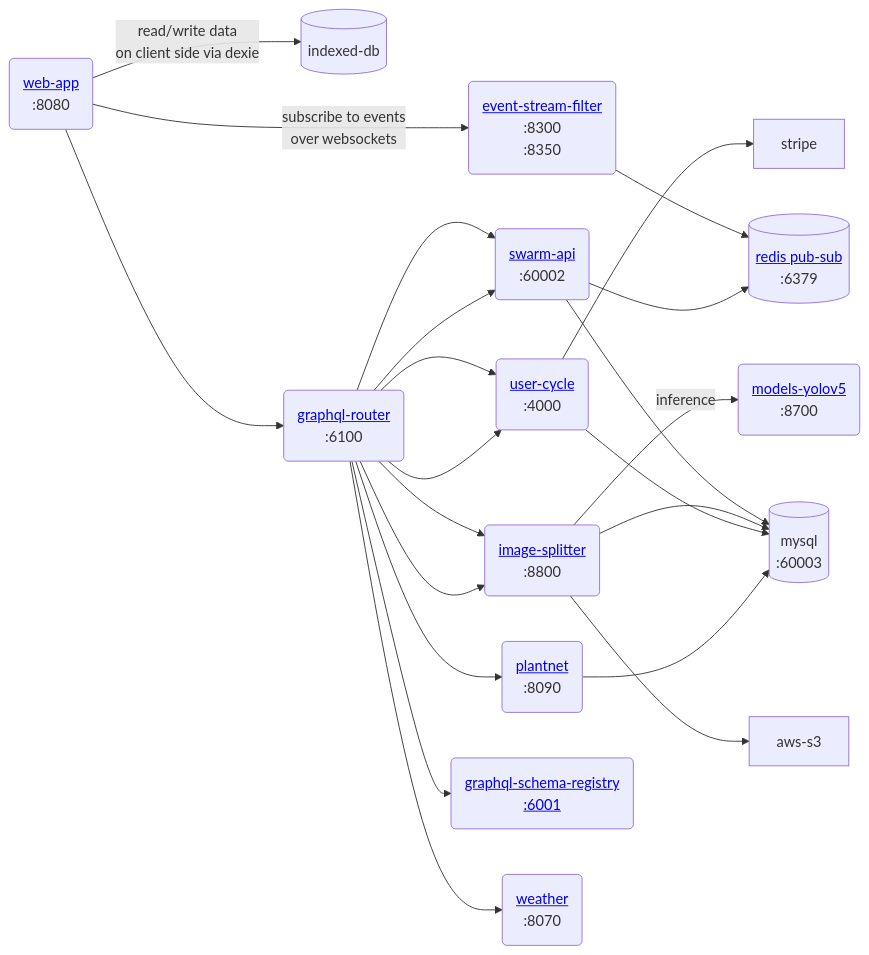
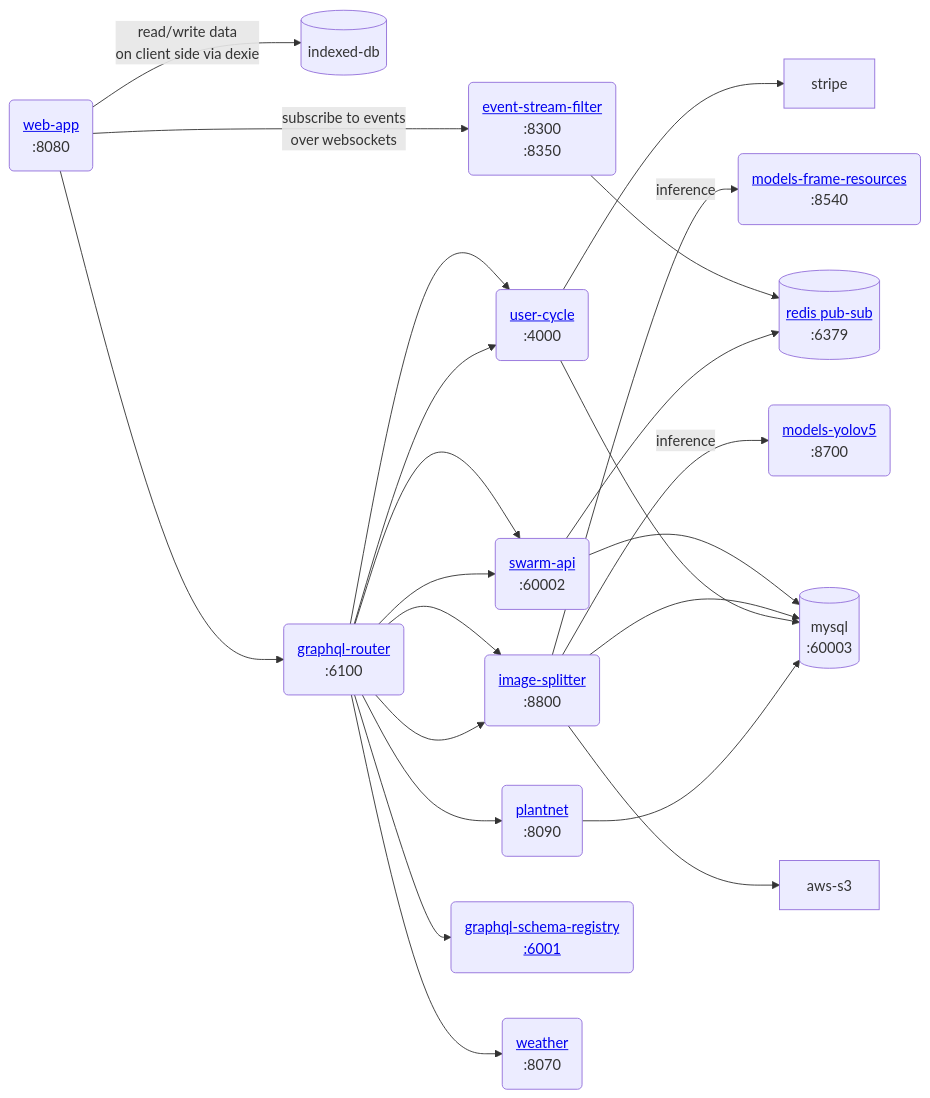
The diagram in README.md (Gratheon/web-app), drawn with Mermaid before and after one commit.

Commit message:
add models-frame-resources in readme

````diff
--- a/README.md
+++ b/README.md
@@ -9,18 +9,19 @@
 ```mermaid
 flowchart LR
     web-app --"read/write data \n on client side via dexie"--> indexed-db[(indexed-db)]
     web-app("<a href='https://github.com/Gratheon/web-app'>web-app</a>\n:8080") --> graphql-router
     web-app --"subscribe to events\n over websockets"--> event-stream-filter("<a href='https://github.com/Gratheon/event-stream-filter'>event-stream-filter</a>\n:8300\n:8350") --> redis
 
     graphql-router("<a href='https://github.com/Gratheon/graphql-router'>graphql-router</a>\n :6100") --> swarm-api("<a href='https://github.com/Gratheon/swarm-api'>swarm-api</a>\n:60002") --> mysql[(mysql\n:60003)]
     graphql-router --> swarm-api --> redis[("<a href='https://github.com/Gratheon/redis'>redis pub-sub</a>\n:6379")]
 
     graphql-router --> image-splitter("<a href='https://github.com/Gratheon/image-splitter'>image-splitter</a>\n:8800") --> mysql
     graphql-router --> image-splitter --> aws-s3
     image-splitter --"inference"--> models-yolov5("<a href='https://github.com/Gratheon/models-yolov5'>models-yolov5</a>\n:8700")
+    image-splitter --"inference"--> models-frame-resources("<a href='https://github.com/Gratheon/models-frame-resources'>models-frame-resources</a>\n:8540")
     graphql-router --> user-cycle("<a href='https://github.com/Gratheon/user-cycle'>user-cycle</a>\n:4000") --> mysql
     graphql-router --> user-cycle --> stripe
     graphql-router --> plantnet("<a href='https://github.com/Gratheon/plantnet'>plantnet</a>\n:8090") --> mysql
     graphql-router --> graphql-schema-registry("<a href='https://github.com/tot-ra/graphql-schema-registry'>graphql-schema-registry</a>\n<a href='http://localhost:6001/'>:6001</a>\n")
     graphql-router --> weather("<a href='https://github.com/Gratheon/weather'>weather</a>\n:8070")
 ```
````
